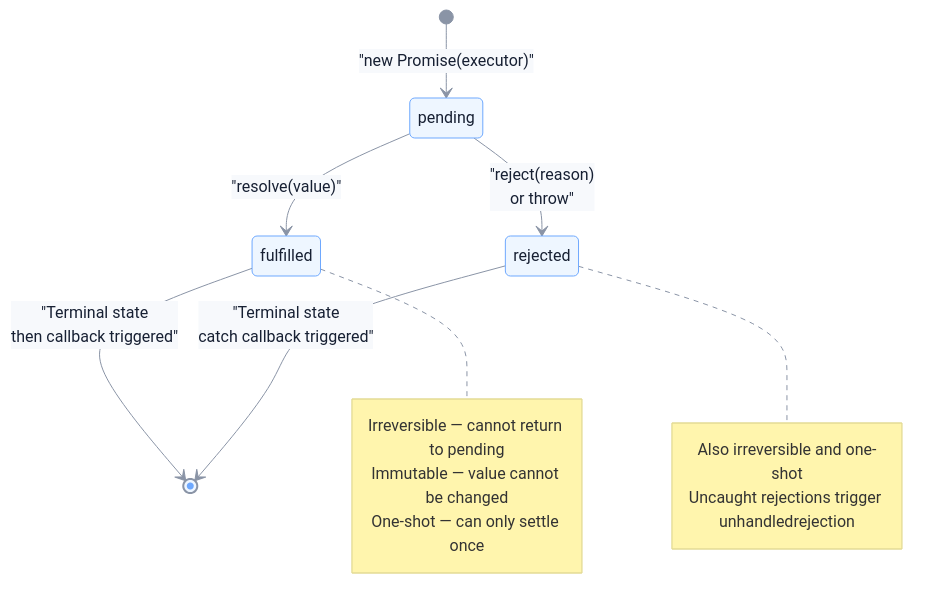
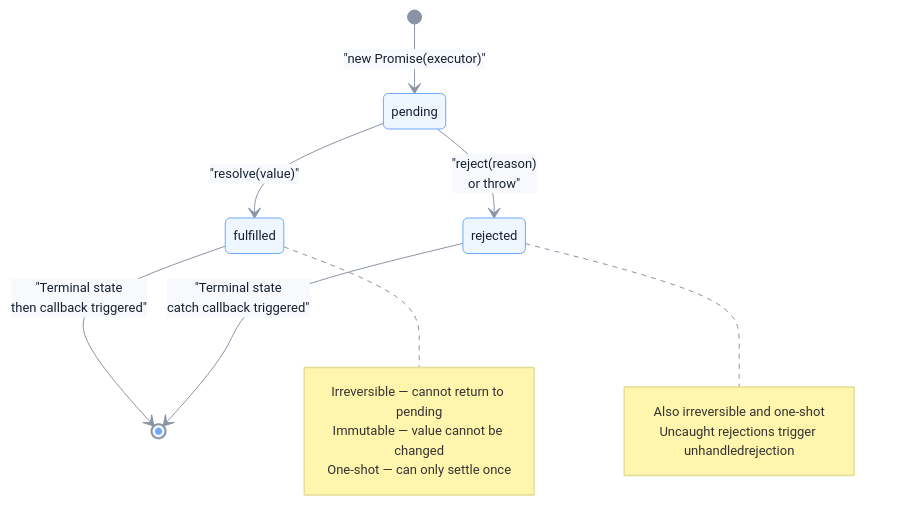
The second of 3 diagrams in docs/en/javascript/async-evolution.md (Fatejian/frontier-vault), drawn with Mermaid before and after one commit. The commit also changed other lines of this file and 37 other files, not shown here.

````diff
--- a/docs/en/javascript/async-evolution.md
+++ b/docs/en/javascript/async-evolution.md
@@ -279,19 +279,19 @@
 ```mermaid
-%%{init: {'theme': 'base', 'themeVariables': { 'fontFamily': 'Inter, sans-serif', 'primaryColor': '#EEF6FF', 'primaryTextColor': '#172033', 'primaryBorderColor': '#6EA8FE', 'lineColor': '#8A94A6', 'secondaryColor': '#F7F9FC', 'tertiaryColor': '#FFF7E6'}}}%%
+%%{init: {'theme': 'base', 'themeVariables': { 'fontFamily': 'Inter, sans-serif', 'primaryColor': '#EEF6FF', 'primaryTextColor': '#172033', 'primaryBorderColor': '#6EA8FE', 'lineColor': '#8A94A6', 'secondaryColor': '#F7F9FC', 'tertiaryColor': '#FFF7E6', 'fontSize': '13px'}}}%%
 stateDiagram-v2
     [*] --> pending: "new Promise(executor)"
     pending --> fulfilled: "resolve(value)"
     pending --> rejected: "reject(reason)<br/>or throw"
     fulfilled --> [*]: "Terminal state<br/>then callback triggered"
     rejected --> [*]: "Terminal state<br/>catch callback triggered"
 
     note right of fulfilled
         Irreversible — cannot return to pending
         Immutable — value cannot be changed
         One-shot — can only settle once
     end note
     note right of rejected
         Also irreversible and one-shot
         Uncaught rejections trigger unhandledrejection
     end note
 ```
````
